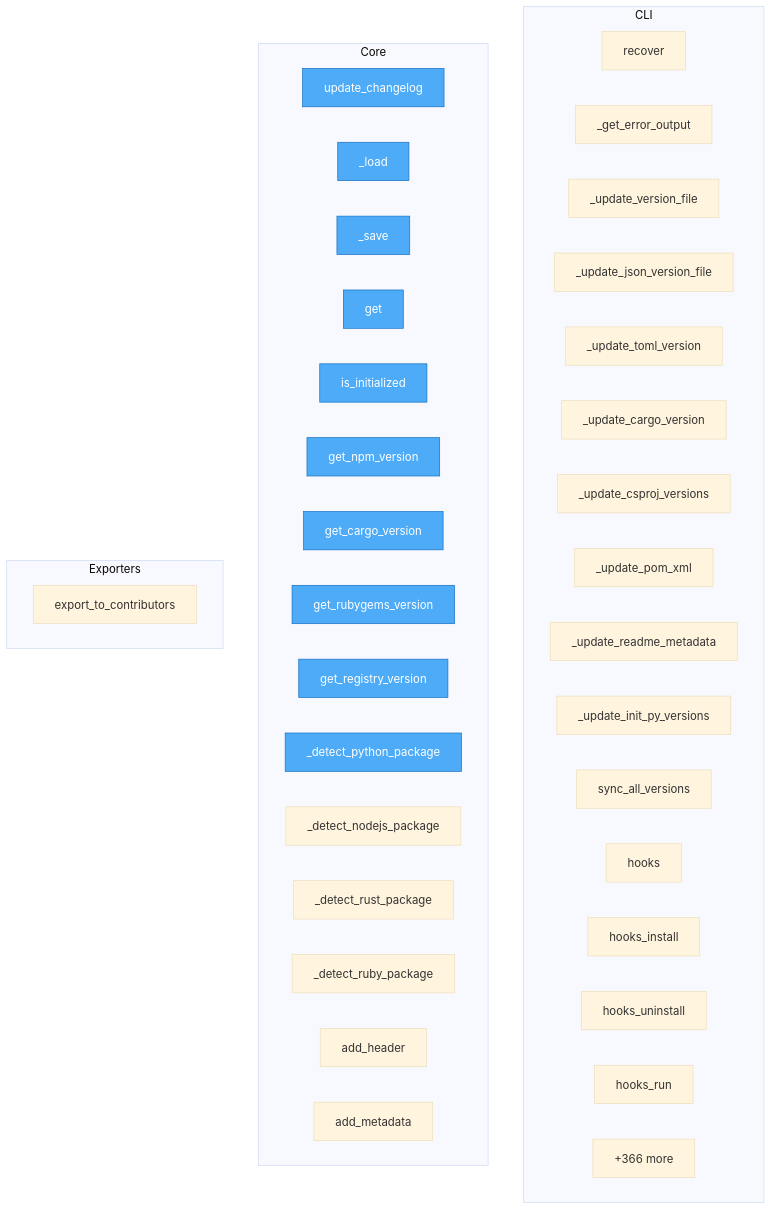
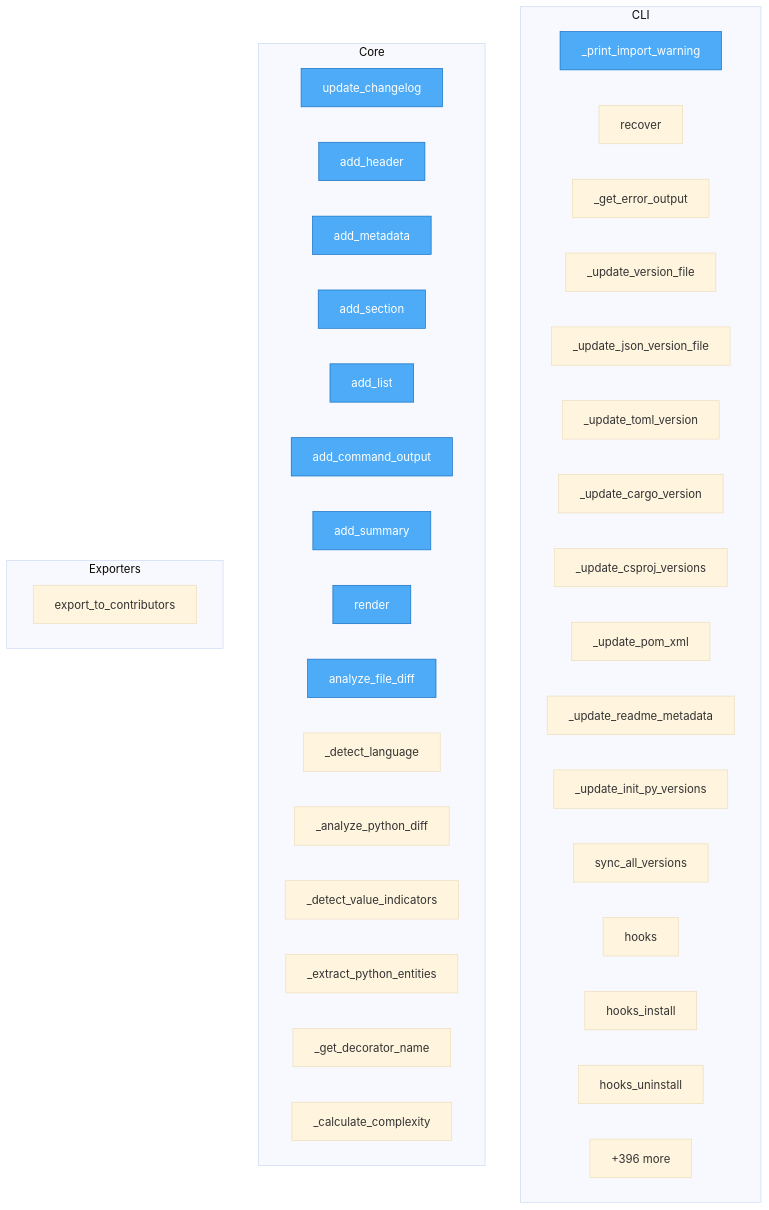
Before and after one commit to semcod/goal: the diagram in project/flow.mmd, drawn with Mermaid (base theme). The commit also changed 48 other files, not shown here.

```diff
--- a/project/flow.mmd
+++ b/project/flow.mmd
@@ -1,48 +1,48 @@
 flowchart TD
 
     %% Entry points (blue)
     classDef entry fill:#4dabf7,stroke:#1971c2,color:#fff
 
     subgraph CLI
+        goal__cli___print_import_warning["_print_import_warning"]
         goal__cli__recover_cmd__recover["recover"]
         goal__cli__recover_cmd___get_error_output["_get_error_output"]
         goal__cli__version_sync___update_version_file["_update_version_file"]
         goal__cli__version_sync___update_json_version_file["_update_json_version_file"]
         goal__cli__version_sync___update_toml_version["_update_toml_version"]
         goal__cli__version_sync___update_cargo_version["_update_cargo_version"]
         goal__cli__version_sync___update_csproj_versions["_update_csproj_versions"]
         goal__cli__version_sync___update_pom_xml["_update_pom_xml"]
         goal__cli__version_sync___update_readme_metadata["_update_readme_metadata"]
         goal__cli__version_sync___update_init_py_versions["_update_init_py_versions"]
         goal__cli__version_sync__sync_all_versions["sync_all_versions"]
         goal__cli__hooks_cmd__hooks["hooks"]
         goal__cli__hooks_cmd__hooks_install["hooks_install"]
         goal__cli__hooks_cmd__hooks_uninstall["hooks_uninstall"]
-        goal__cli__hooks_cmd__hooks_run["hooks_run"]
-        ...["+88 more"]
+        ...["+95 more"]
     end
 
     subgraph Core
         goal__changelog__update_changelog["update_changelog"]
-        goal__user_config__UserConfig___load["_load"]
-        goal__user_config__UserConfig___save["_save"]
-        goal__user_config__UserConfig__get["get"]
-        goal__user_config__UserConfig__is_initialized["is_initialized"]
-        goal__version_validation__get_npm_version["get_npm_version"]
-        goal__version_validation__get_cargo_version["get_cargo_version"]
-        goal__version_validation__get_rubygems_version["get_rubygems_version"]
-        goal__version_validation__get_registry_version["get_registry_version"]
-        goal__version_validation___detect_python_package["_detect_python_package"]
-        goal__version_validation___detect_nodejs_package["_detect_nodejs_package"]
-        goal__version_validation___detect_rust_package["_detect_rust_package"]
-        goal__version_validation___detect_ruby_package["_detect_ruby_package"]
         goal__formatter__MarkdownFormatter__add_header["add_header"]
         goal__formatter__MarkdownFormatter__add_metadata["add_metadata"]
-        ...["+366 more"]
+        goal__formatter__MarkdownFormatter__add_section["add_section"]
+        goal__formatter__MarkdownFormatter__add_list["add_list"]
+        goal__formatter__MarkdownFormatter__add_command_output["add_command_output"]
+        goal__formatter__MarkdownFormatter__add_summary["add_summary"]
+        goal__formatter__MarkdownFormatter__render["render"]
+        goal__deep_analyzer__analyze_file_diff["analyze_file_diff"]
+        goal__deep_analyzer___detect_language["_detect_language"]
+        goal__deep_analyzer___analyze_python_diff["_analyze_python_diff"]
+        goal__deep_analyzer___detect_value_indicators["_detect_value_indicators"]
+        goal__deep_analyzer___extract_python_entities["_extract_python_entities"]
+        goal__deep_analyzer___get_decorator_name["_get_decorator_name"]
+        goal__deep_analyzer___calculate_complexity["_calculate_complexity"]
+        ...["+396 more"]
     end
 
     subgraph Exporters
         goal__authors__manager__AuthorsManager__export_to_contributors["export_to_contributors"]
     end
 
-    class goal__changelog__update_changelog,goal__user_config__UserConfig___load,goal__user_config__UserConfig___save,goal__user_config__UserConfig__get,goal__user_config__UserConfig__is_initialized,goal__version_validation__get_npm_version,goal__version_validation__get_cargo_version,goal__version_validation__get_rubygems_version,goal__version_validation__get_registry_version,goal__version_validation___detect_python_package entry
+    class goal__cli___print_import_warning,goal__changelog__update_changelog,goal__formatter__MarkdownFormatter__add_header,goal__formatter__MarkdownFormatter__add_metadata,goal__formatter__MarkdownFormatter__add_section,goal__formatter__MarkdownFormatter__add_list,goal__formatter__MarkdownFormatter__add_command_output,goal__formatter__MarkdownFormatter__add_summary,goal__formatter__MarkdownFormatter__render,goal__deep_analyzer__analyze_file_diff entry
```
